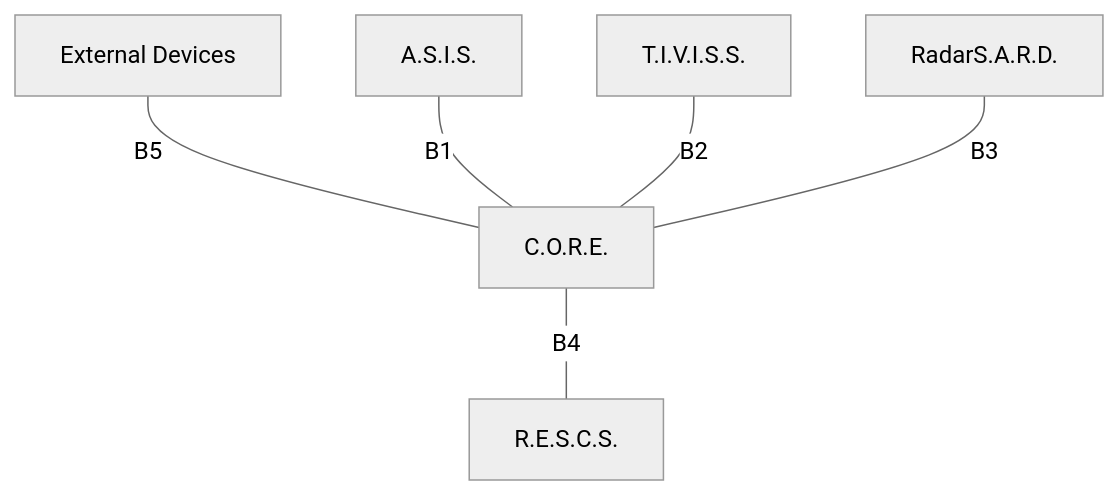
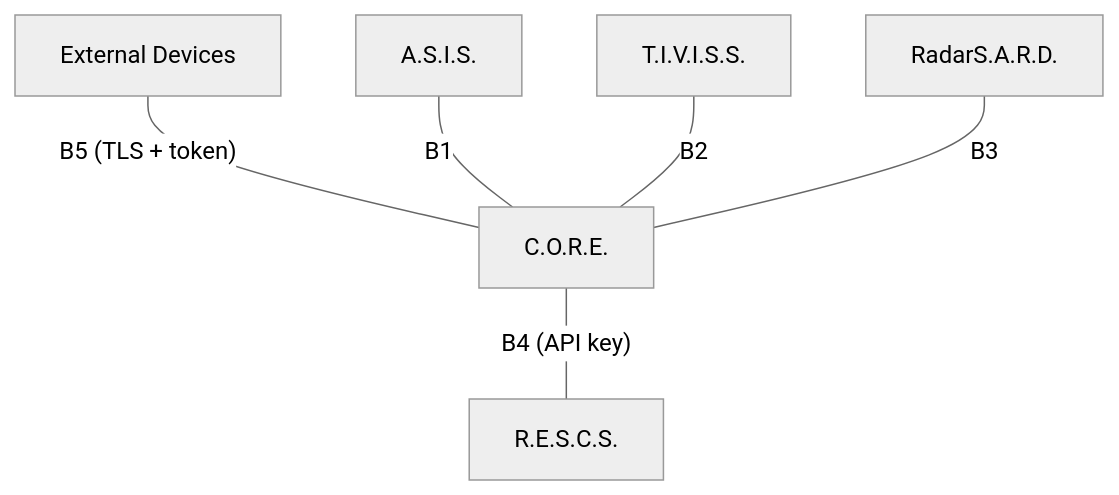
The diagram in security/trust-boundaries.md (Kishir298/RISARMS-DOCS), drawn with Mermaid (neutral theme) before and after one commit. The commit also changed other lines of this file and 20 other files, not shown here.

````diff
--- a/security/trust-boundaries.md
+++ b/security/trust-boundaries.md
@@ -11,8 +11,8 @@
 ```mermaid
 graph TB
-    EXT["External Devices"] ---|B5| CORE["C.O.R.E."]
+    EXT["External Devices"] ---|"B5 (TLS + token)"| CORE["C.O.R.E."]
     ASIS["A.S.I.S."] ---|B1| CORE
     TIVISS["T.I.V.I.S.S."] ---|B2| CORE
     RADAR["RadarS.A.R.D."] ---|B3| CORE
-    CORE ---|B4| RESCS["R.E.S.C.S."]
+    CORE ---|"B4 (API key)"| RESCS["R.E.S.C.S."]
 ```
````
